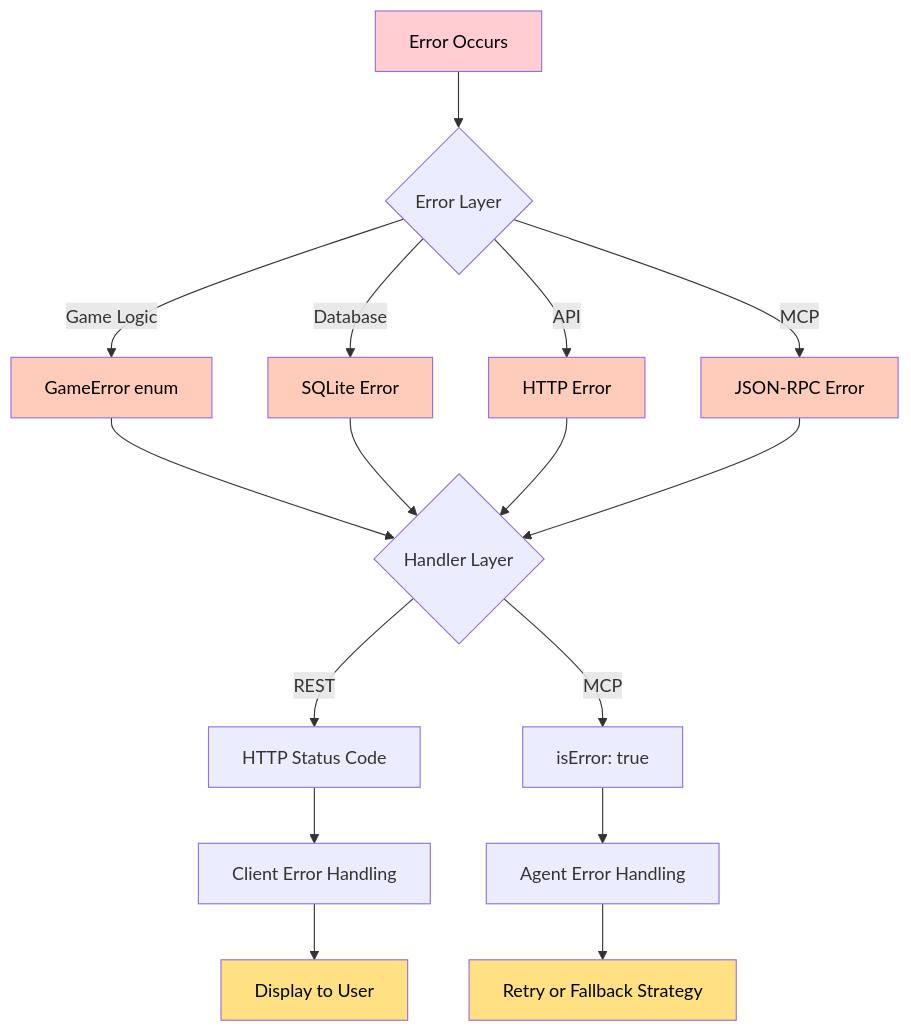
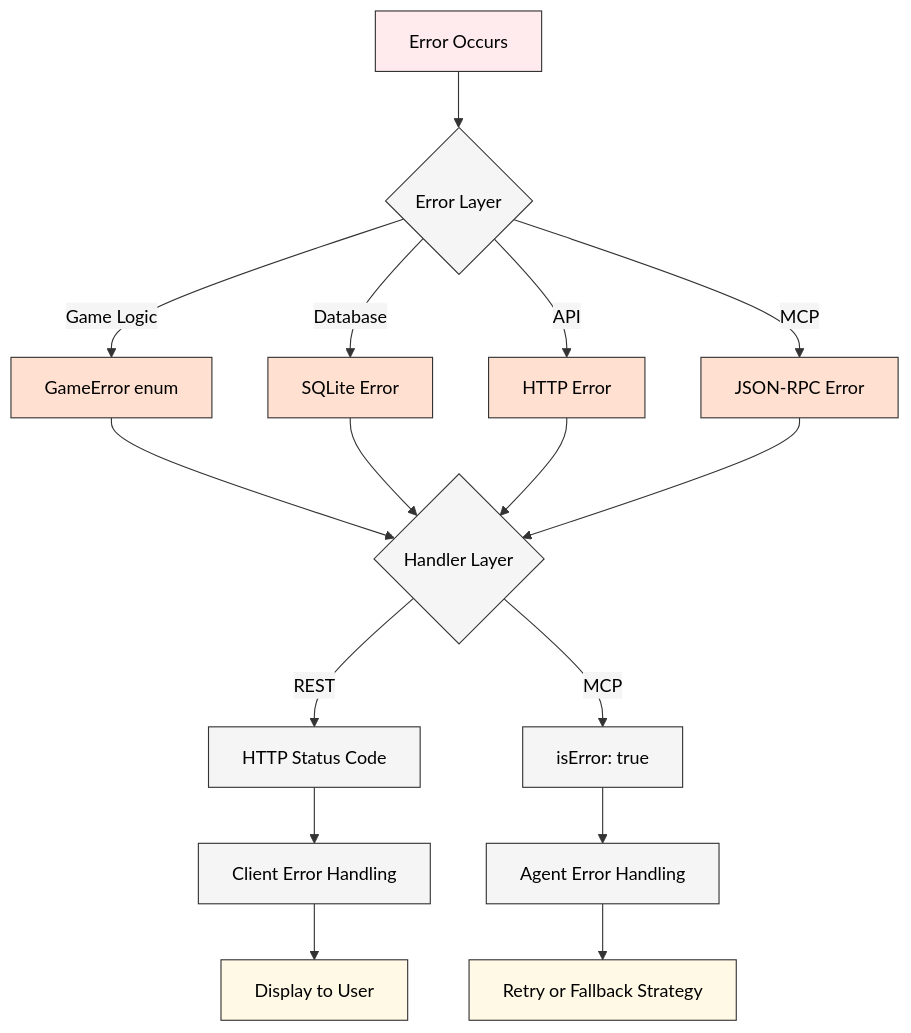
Before and after one commit to sw-game-dev/game-mcp-poc: diagram 13 of 16 in wiki/Data-Flow.md, drawn with Mermaid. The commit also changed other lines of this file and 6 other files, not shown here.

First line of the commit message:
fix: Improve mermaid diagram contrast with theme and lighter colors

````diff
--- a/wiki/Data-Flow.md
+++ b/wiki/Data-Flow.md
@@ -465,31 +477,32 @@
 ```mermaid
+%%{init: {'theme':'base', 'themeVariables': {'primaryColor':'#f5f5f5','primaryTextColor':'#000','primaryBorderColor':'#333','lineColor':'#333','secondaryColor':'#f5f5f5','tertiaryColor':'#f5f5f5'}}}%%
 graph TD
     A[Error Occurs] --> B{Error Layer}
 
     B -->|Game Logic| C[GameError enum]
     B -->|Database| D[SQLite Error]
     B -->|API| E[HTTP Error]
     B -->|MCP| F[JSON-RPC Error]
 
     C --> G{Handler Layer}
     D --> G
     E --> G
     F --> G
 
     G -->|REST| H[HTTP Status Code]
     G -->|MCP| I[isError: true]
 
     H --> J[Client Error Handling]
     I --> K[Agent Error Handling]
 
     J --> L[Display to User]
     K --> M[Retry or Fallback Strategy]
 
-    style A fill:#ffcdd2,color:#000
-    style C fill:#ffccbc,color:#000
-    style D fill:#ffccbc,color:#000
-    style E fill:#ffccbc,color:#000
-    style F fill:#ffccbc,color:#000
-    style L fill:#ffe082,color:#000
-    style M fill:#ffe082,color:#000
+    style A fill:#ffebee,color:#000
+    style C fill:#ffe0d1,color:#000
+    style D fill:#ffe0d1,color:#000
+    style E fill:#ffe0d1,color:#000
+    style F fill:#ffe0d1,color:#000
+    style L fill:#fff9e6,color:#000
+    style M fill:#fff9e6,color:#000
 ```
````
